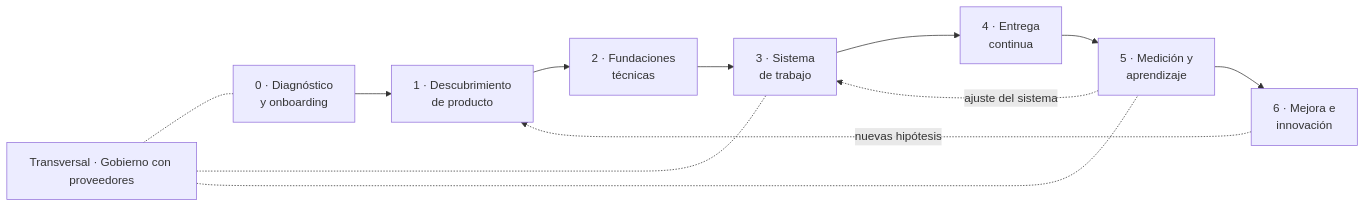
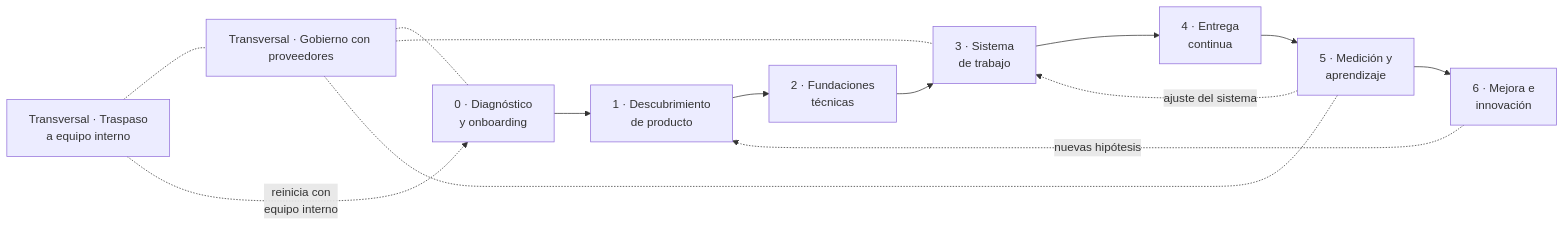
Before and after one commit to andresga79/agile-cell-playbook: the diagram in docs/index.md, drawn with Mermaid. The commit also changed other lines of this file and 15 other files, not shown here.

Commit message:
v0.3.0: traspaso de proveedor a equipo interno y fases completas

````diff
--- a/docs/index.md
+++ b/docs/index.md
@@ -27,12 +29,14 @@
 ```mermaid
 flowchart LR
     F0[0 · Diagnóstico<br/>y onboarding] --> F1[1 · Descubrimiento<br/>de producto]
     F1 --> F2[2 · Fundaciones<br/>técnicas]
     F2 --> F3[3 · Sistema<br/>de trabajo]
     F3 --> F4[4 · Entrega<br/>continua]
     F4 --> F5[5 · Medición y<br/>aprendizaje]
     F5 --> F6[6 · Mejora e<br/>innovación]
     F6 -. nuevas hipótesis .-> F1
     F5 -. ajuste del sistema .-> F3
     G[Transversal · Gobierno con proveedores] -.- F0 & F3 & F5
+    T[Transversal · Traspaso<br/>a equipo interno] -.- G
+    T -. reinicia con<br/>equipo interno .-> F0
 ```
````
